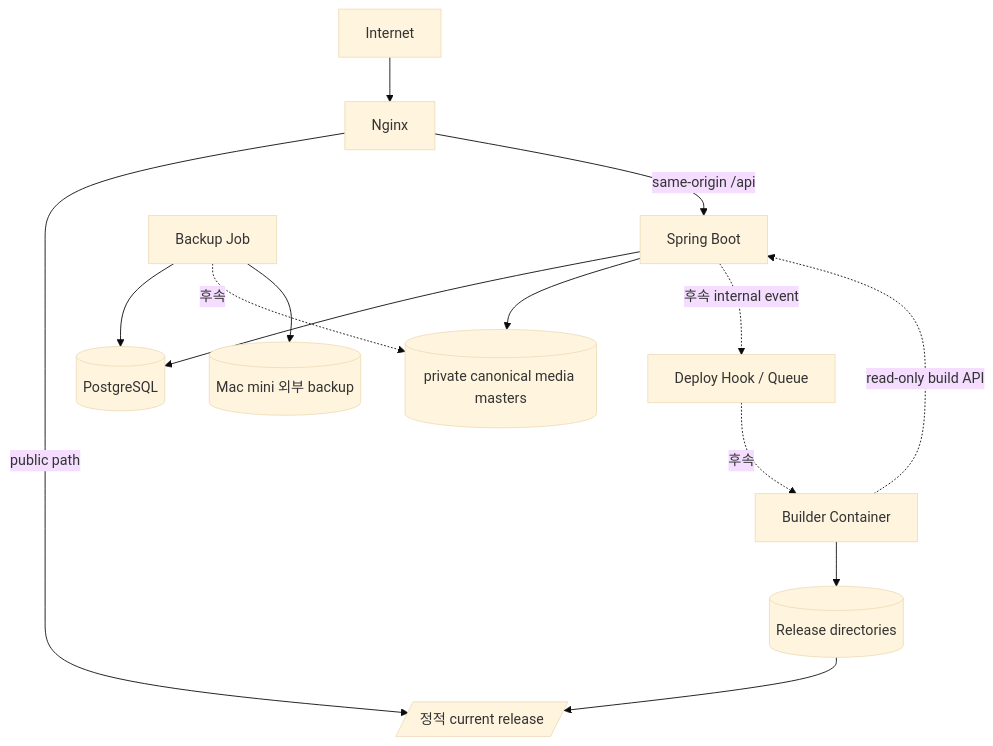
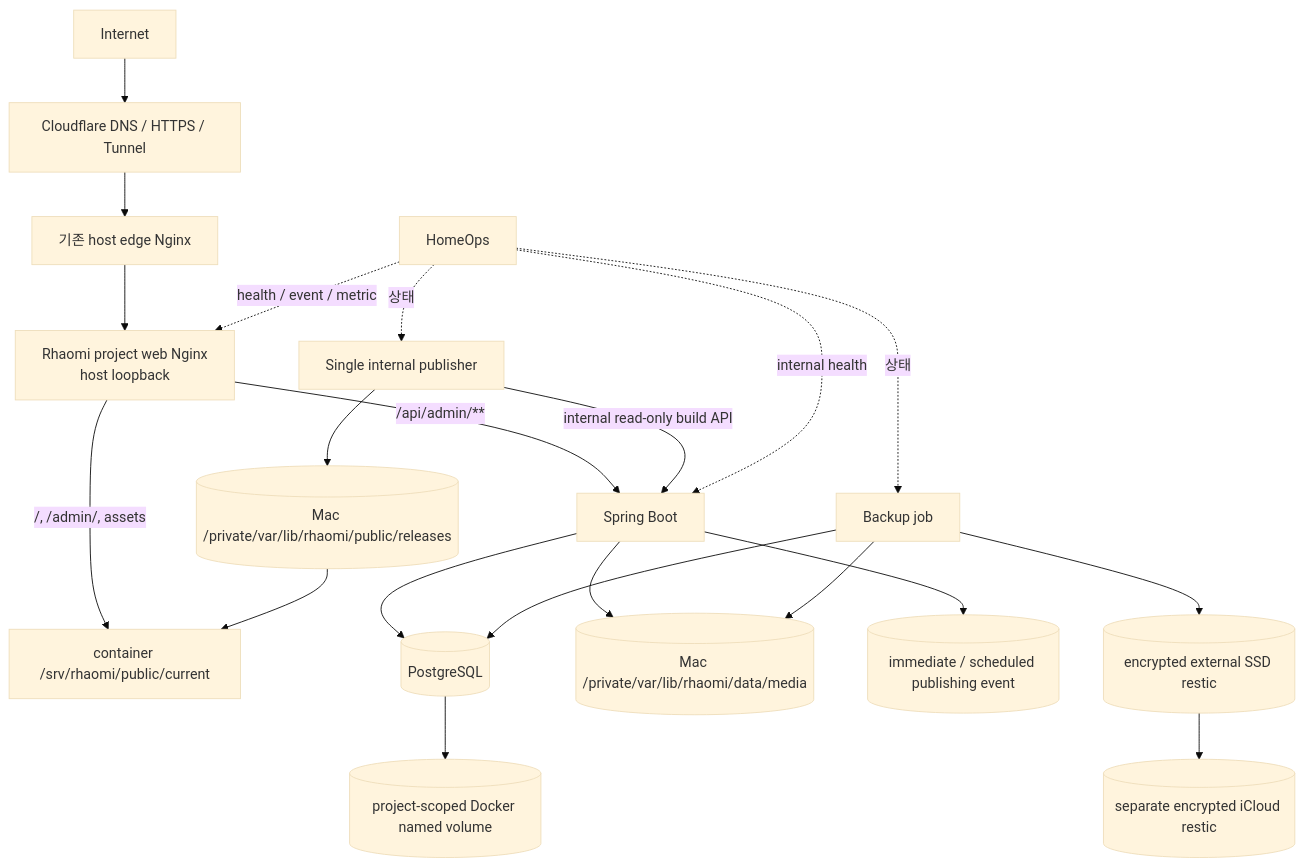
Before and after one commit to xxh3898/Rhaomi: the diagram in docs/04-architecture/container-architecture.md, drawn with Mermaid (base theme). The commit also changed other lines of this file and 32 other files, not shown here.

Commit message:
docs: 운영 배포·퍼블리싱·백업·HomeOps 관제 아키텍처 확정 (#20)

````diff
--- a/docs/04-architecture/container-architecture.md
+++ b/docs/04-architecture/container-architecture.md
@@ -50,20 +50,28 @@
 ```mermaid
 flowchart TB
-    Internet[Internet] --> Nginx[Nginx]
+    Internet[Internet] --> Cloudflare[Cloudflare DNS / HTTPS / Tunnel]
+    Cloudflare --> Edge[기존 host edge Nginx]
+    Edge --> Web[Rhaomi project web Nginx<br/>host loopback]
 
-    Nginx -->|public path| Static[/정적 current release/]
-    Nginx -->|same-origin /api| Backend[Spring Boot]
+    Web -->|/, /admin/, assets| Static[container /srv/rhaomi/public/current]
+    Web -->|/api/admin/**| Backend[Spring Boot]
 
     Backend --> Postgres[(PostgreSQL)]
-    Backend --> Uploads[(private canonical media masters)]
-    Backend -. 후속 internal event .-> Deployer[Deploy Hook / Queue]
+    Postgres --> PgVolume[(project-scoped Docker named volume)]
+    Backend --> Media[(Mac /private/var/lib/rhaomi/data/media)]
+    Backend --> Outbox[(immediate / scheduled publishing event)]
 
-    Deployer -. 후속 .-> Builder[Builder Container]
-    Builder -. read-only build API .-> Backend
-    Builder --> Releases[(Release directories)]
+    Publisher[Single internal publisher] -->|internal read-only build API| Backend
+    Publisher --> Releases[(Mac /private/var/lib/rhaomi/public/releases)]
     Releases --> Static
 
-    Backup[Backup Job] --> Postgres
-    Backup -. 후속 .-> Uploads
-    Backup --> Offsite[(Mac mini 외부 backup)]
+    Backup[Backup job] --> Postgres
+    Backup --> Media
+    Backup --> SSD[(encrypted external SSD restic)]
+    SSD --> ICloud[(separate encrypted iCloud restic)]
+
+    HomeOps[HomeOps] -. health / event / metric .-> Web
+    HomeOps -. internal health .-> Backend
+    HomeOps -. 상태 .-> Publisher
+    HomeOps -. 상태 .-> Backup
 ```
````
